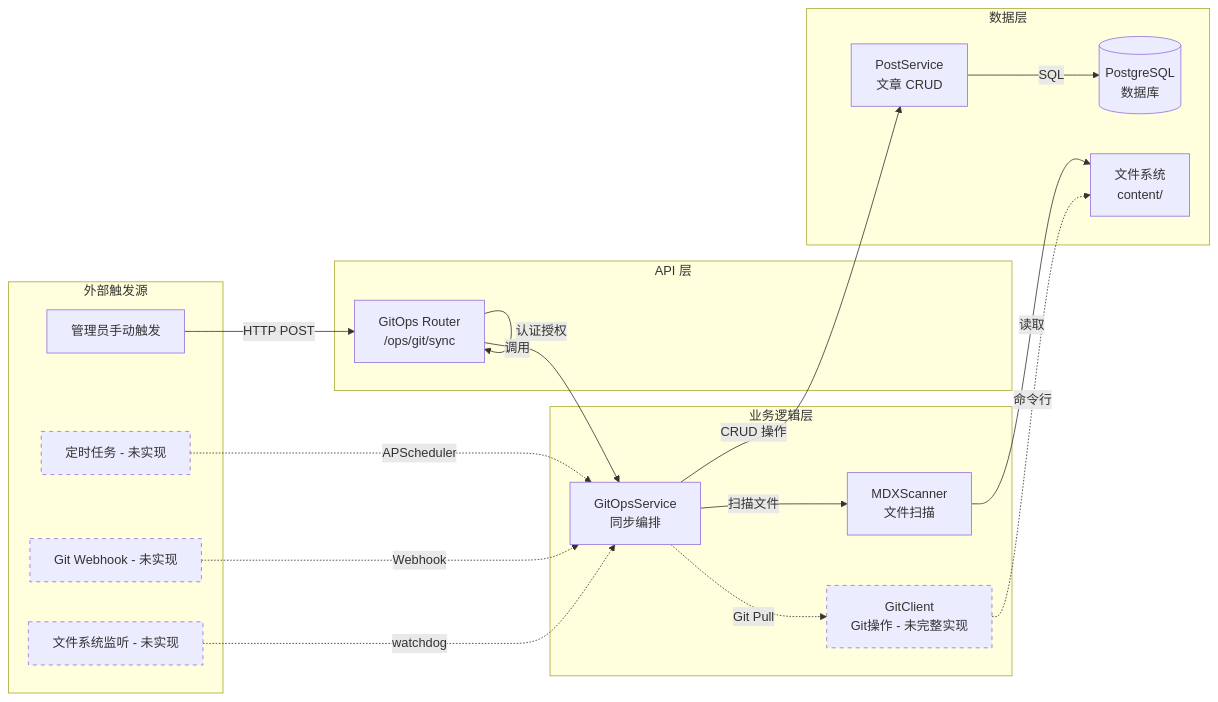
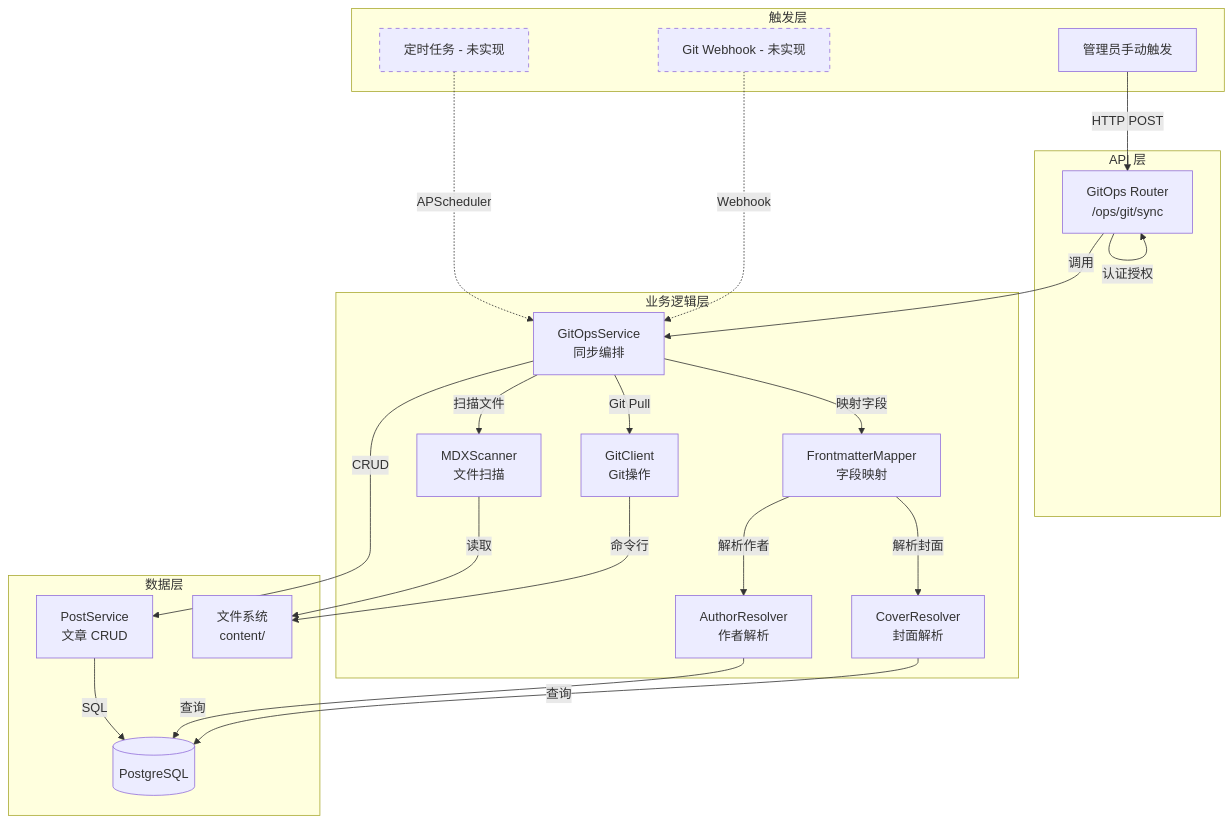
One commit to sumanin5/blog_fr changed the first of 7 diagrams in backend/app/git_ops/ARCHITECTURE.md. Above: the diagram before and after it, drawn with Mermaid. The commit also changed other lines of this file and 24 other files, not shown here.

````diff
--- a/backend/app/git_ops/ARCHITECTURE.md
+++ b/backend/app/git_ops/ARCHITECTURE.md
@@ -7,46 +7,52 @@
 ```mermaid
-graph LR
-    subgraph "外部触发源"
+graph TB
+    subgraph "触发层"
         A1[管理员手动触发]
         A2[定时任务 - 未实现]
         A3[Git Webhook - 未实现]
-        A4[文件系统监听 - 未实现]
     end
 
     subgraph "API 层"
         B[GitOps Router<br>/ops/git/sync]
     end
 
     subgraph "业务逻辑层"
         C[GitOpsService<br>同步编排]
         D[MDXScanner<br>文件扫描]
-        E[GitClient<br>Git操作 - 未完整实现]
+        E[FrontmatterMapper<br>字段映射]
+        F[AuthorResolver<br>作者解析]
+        G[CoverResolver<br>封面解析]
+        H[GitClient<br>Git操作]
     end
 
     subgraph "数据层"
-        F[PostService<br>文章 CRUD]
-        G[(PostgreSQL<br>数据库)]
-        H[文件系统<br>content/]
+        I[PostService<br>文章 CRUD]
+        J[(PostgreSQL)]
+        K[文件系统<br>content/]
     end
 
     A1 -->|HTTP POST| B
     A2 -.->|APScheduler| C
     A3 -.->|Webhook| C
-    A4 -.->|watchdog| C
 
     B -->|认证授权| B
     B -->|调用| C
 
     C -->|扫描文件| D
-    C -.->|Git Pull| E
-    C -->|CRUD 操作| F
+    C -->|映射字段| E
+    C -->|Git Pull| H
 
-    D -->|读取| H
-    E -.->|命令行| H
-    F -->|SQL| G
+    E -->|解析作者| F
+    E -->|解析封面| G
+
+    D -->|读取| K
+    H -->|命令行| K
+
+    C -->|CRUD| I
+    I -->|SQL| J
+    F -->|查询| J
+    G -->|查询| J
 
     style A2 stroke-dasharray: 5 5
     style A3 stroke-dasharray: 5 5
-    style A4 stroke-dasharray: 5 5
-    style E stroke-dasharray: 5 5
 ```
````
